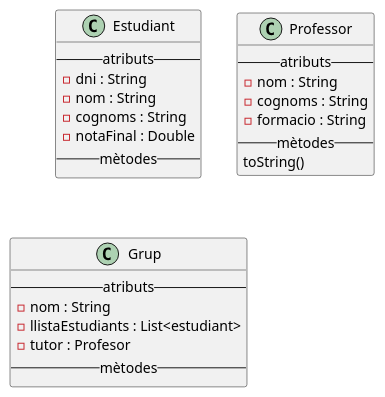
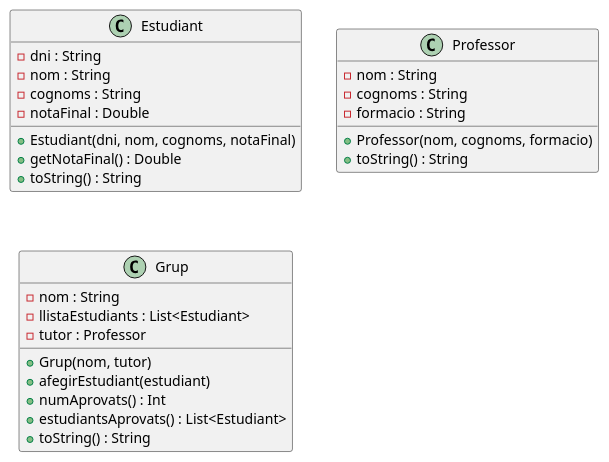
One commit to noagomezgarcia/tareas changed the diagram in src/Escola.puml. Above: the diagram before and after it, drawn with PlantUML. The commit also changed 4 other files, not shown here.

```diff
--- a/src/Escola.puml
+++ b/src/Escola.puml
@@ -1,30 +1,31 @@
 @startuml
-'https://plantuml.com/class-diagram
-
 class Estudiant {
---atributs--
--dni : String
--nom : String
--cognoms : String
--notaFinal : Double
---mètodes--
+    - dni : String
+    - nom : String
+    - cognoms : String
+    - notaFinal : Double
+    + Estudiant(dni, nom, cognoms, notaFinal)
+    + getNotaFinal() : Double
+    + toString() : String
 }
 
 class Professor {
---atributs--
--nom : String
--cognoms : String
--formacio : String
---mètodes--
-toString()
+    - nom : String
+    - cognoms : String
+    - formacio : String
+    + Professor(nom, cognoms, formacio)
+    + toString() : String
 }
 
 class Grup {
---atributs--
--nom : String
--llistaEstudiants : List<estudiant>
--tutor : Profesor
---mètodes--
+    - nom : String
+    - llistaEstudiants : List<Estudiant>
+    - tutor : Professor
+    + Grup(nom, tutor)
+    + afegirEstudiant(estudiant)
+    + numAprovats() : Int
+    + estudiantsAprovats() : List<Estudiant>
+    + toString() : String
 }
 
 @enduml
```
